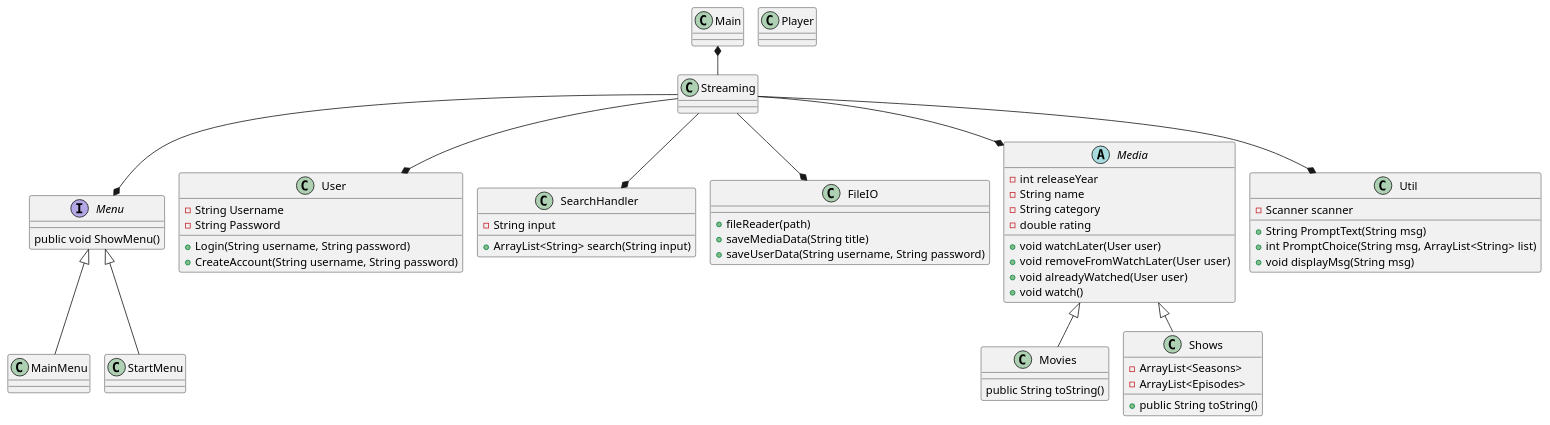
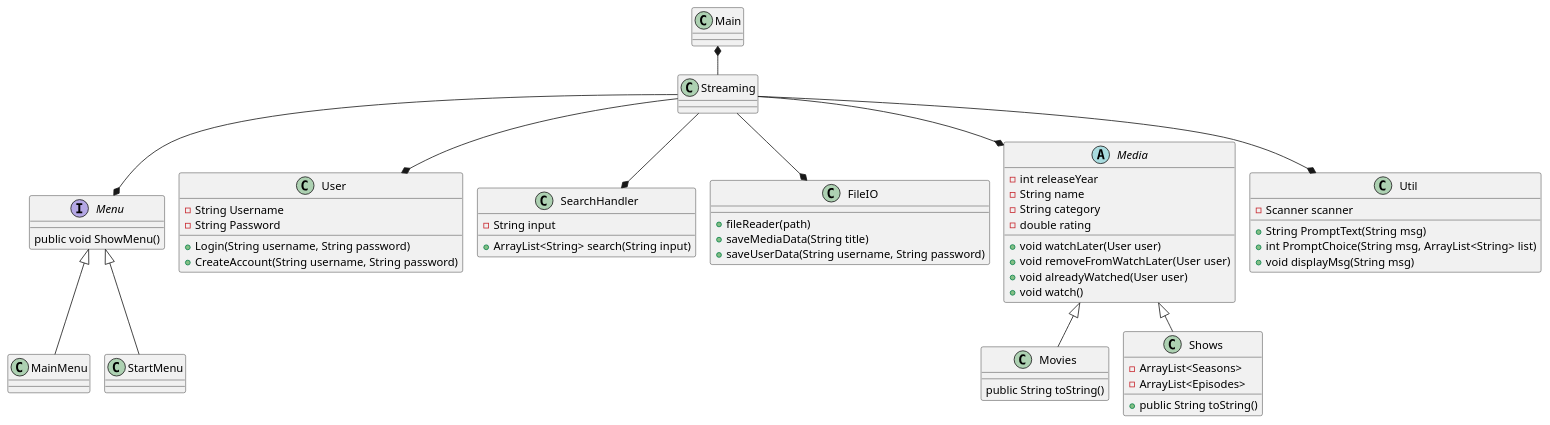
The diagram in Docs/ClassDiagram.puml (ValdemarLarsen02/SP3GruppeD), drawn with PlantUML before and after one commit.

```diff
--- a/Docs/ClassDiagram.puml
+++ b/Docs/ClassDiagram.puml
@@ -1,75 +1,77 @@
 @startuml
 !pragma layout smetana
 
 Class Main{
 }
 
 Interface Menu{
 public void ShowMenu()
 }
 
-Class Player {
 
+
+Class Streaming{
 }
+
 
 Class User{
 - String Username
 - String Password
 + Login(String username, String password)
 + CreateAccount(String username, String password)
 }
 
 Class SearchHandler {
 - String input
 + ArrayList<String> search(String input)
 }
 
 Class FileIO{
 + fileReader(path)
 + saveMediaData(String title)
 + saveUserData(String username, String password)
 }
 
 Abstract Media{
 - int releaseYear
 - String name
 - String category
 - double rating
 + void watchLater(User user)
 + void removeFromWatchLater(User user)
 + void alreadyWatched(User user)
 + void watch()
 }
 
 Class Util{
 - Scanner scanner
 + String PromptText(String msg)
 + int PromptChoice(String msg, ArrayList<String> list)
 + void displayMsg(String msg)
 }
 
 Class Movies{
 public String toString()
 }
 
 Class Shows{
 - ArrayList<Seasons>
 - ArrayList<Episodes>
 + public String toString()
 }
 
 Main *-- Streaming
 Streaming--* User
 Streaming --* FileIO
 Streaming --* Menu
 Menu <|-- MainMenu
 Menu <|-- StartMenu
 Streaming --* Media
 Media <|-- Movies
 Media <|-- Shows
 Streaming --* SearchHandler
 Streaming --* Util
 
 
 
 @enduml
```
